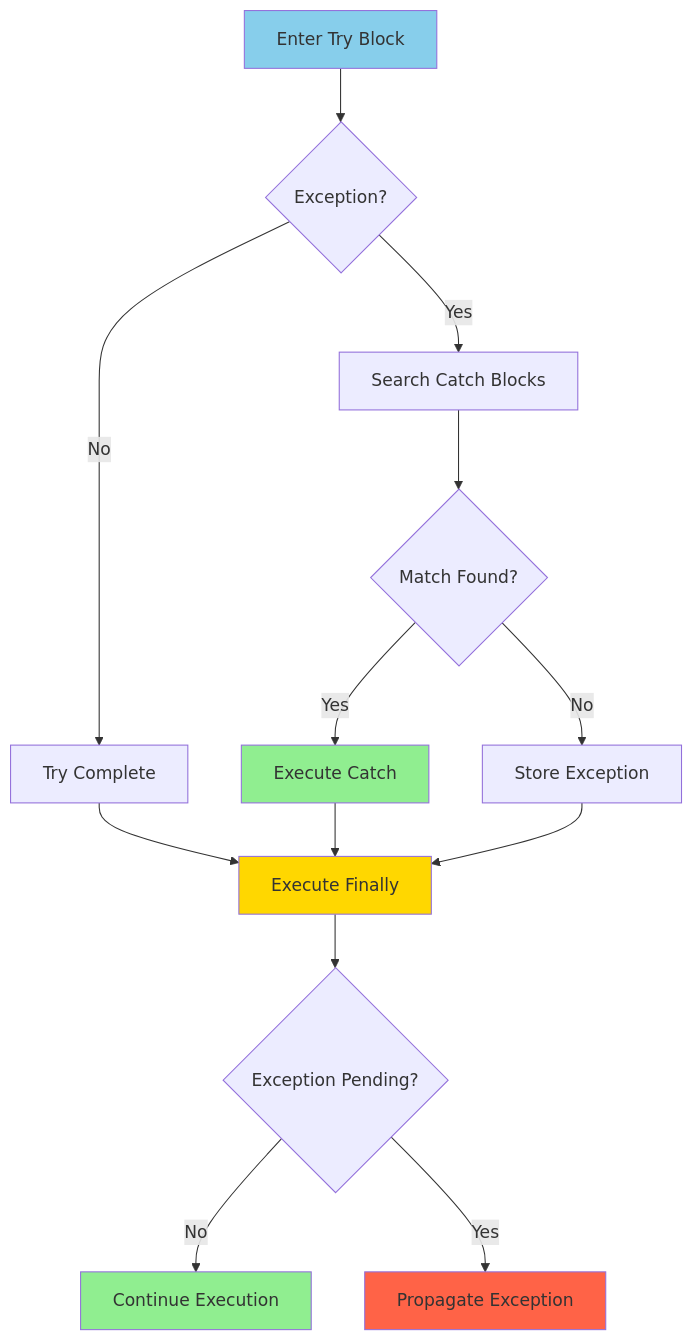
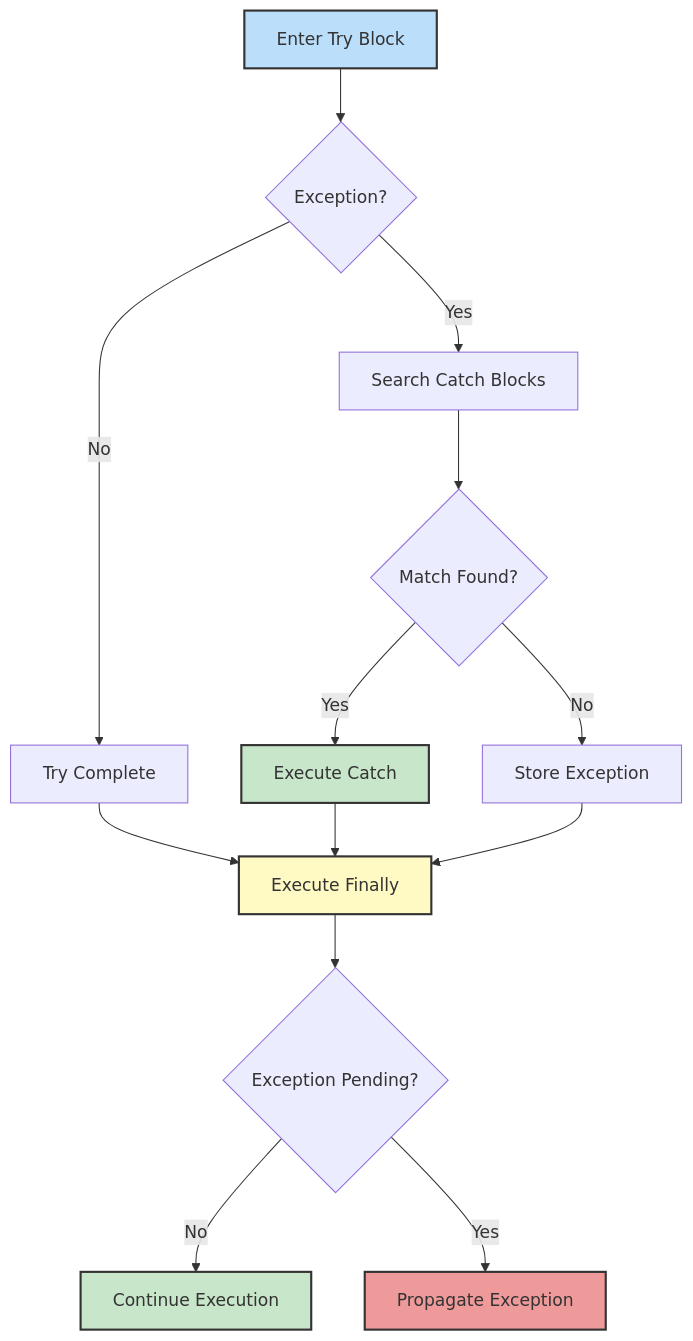
The fifth of 11 diagrams in C# fundamentals/day06-exceptions.md (NguyenPhamCode4You/ai-home-lab-docker-compose), drawn with Mermaid before and after one commit. The commit also changed other lines of this file and 10 other files, not shown here.

````diff
--- a/C# fundamentals/day06-exceptions.md
+++ b/C# fundamentals/day06-exceptions.md
@@ -382,25 +382,25 @@
 ```mermaid
 graph TD
     A[Enter Try Block] --> B{Exception?}
 
     B -->|No| C[Try Complete]
     B -->|Yes| D[Search Catch Blocks]
 
     D --> E{Match Found?}
     E -->|Yes| F[Execute Catch]
     E -->|No| G[Store Exception]
 
     C --> H[Execute Finally]
     F --> H
     G --> H
 
     H --> I{Exception Pending?}
     I -->|No| J[Continue Execution]
     I -->|Yes| K[Propagate Exception]
 
-    style A fill:#87CEEB
-    style F fill:#90EE90
-    style H fill:#FFD700
-    style J fill:#90EE90
-    style K fill:#FF6347
+    style A fill:#bbdefb,stroke:#333,stroke-width:2px
+    style F fill:#c8e6c9,stroke:#333,stroke-width:2px
+    style H fill:#fff9c4,stroke:#333,stroke-width:2px
+    style J fill:#c8e6c9,stroke:#333,stroke-width:2px
+    style K fill:#ef9a9a,stroke:#333,stroke-width:2px
 ```
````
